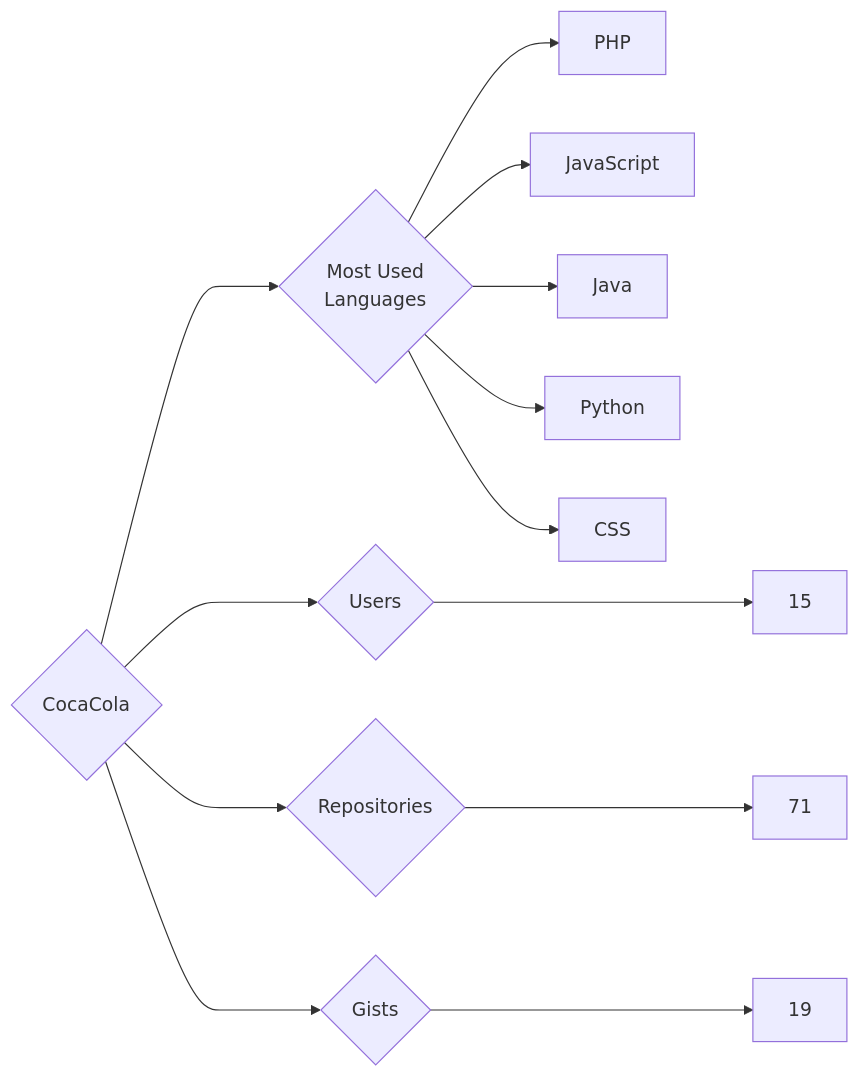
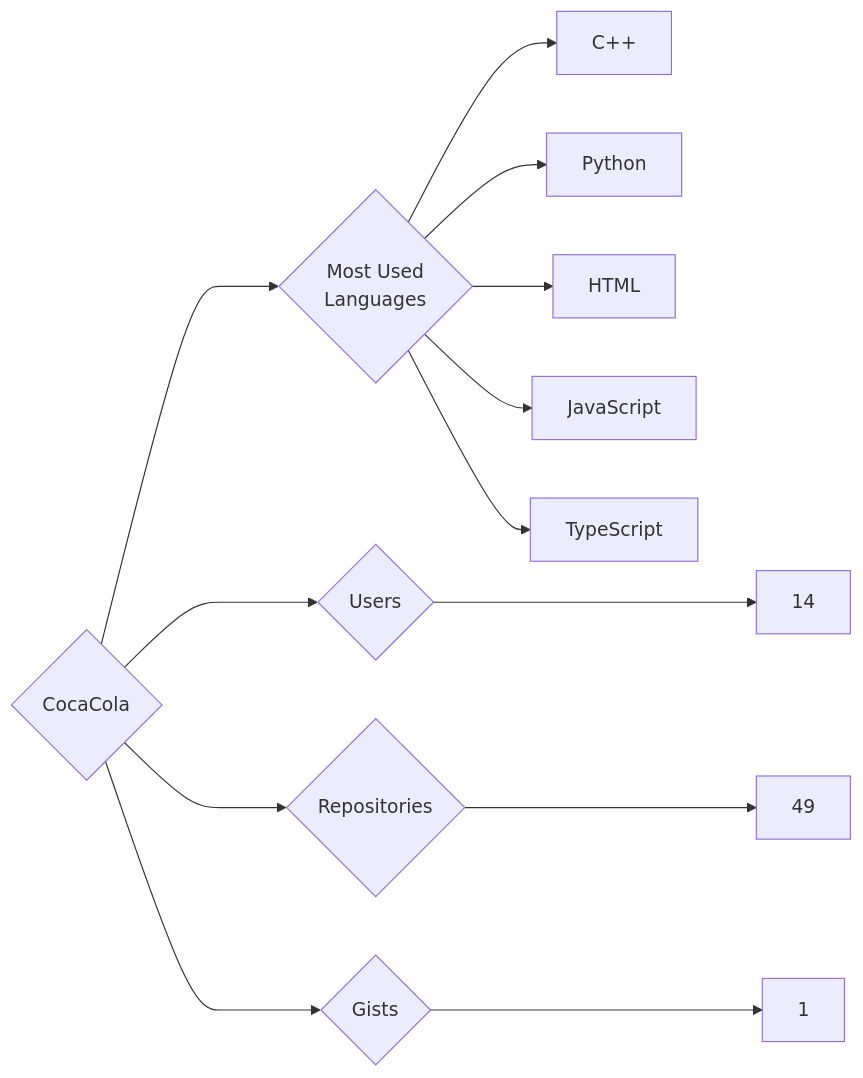
Before and after one commit to trickest/insiders: the diagram in targets/CocaCola/README.md, drawn with Mermaid. The commit also changed 924 other files, not shown here.

````diff
--- a/targets/CocaCola/README.md
+++ b/targets/CocaCola/README.md
@@ -3,13 +3,13 @@
 ```mermaid
 graph LR
 COMPANY_NAME{CocaCola}
-COMPANY_NAME ---> U{Users} ---> UN[15]
-COMPANY_NAME ---> R{Repositories} ---> RN[71]
-COMPANY_NAME ---> G{Gists} ---> GN[19]
+COMPANY_NAME ---> U{Users} ---> UN[14]
+COMPANY_NAME ---> R{Repositories} ---> RN[49]
+COMPANY_NAME ---> G{Gists} ---> GN[1]
 COMPANY_NAME ---> ML{Most Used<br>Languages}
-ML --> PHP[PHP]
+ML --> C++[C++]
+ML --> Python[Python]
+ML --> HTML[HTML]
 ML --> JavaScript[JavaScript]
-ML --> Java[Java]
-ML --> Python[Python]
-ML --> CSS[CSS]
+ML --> TypeScript[TypeScript]
 ```
````
